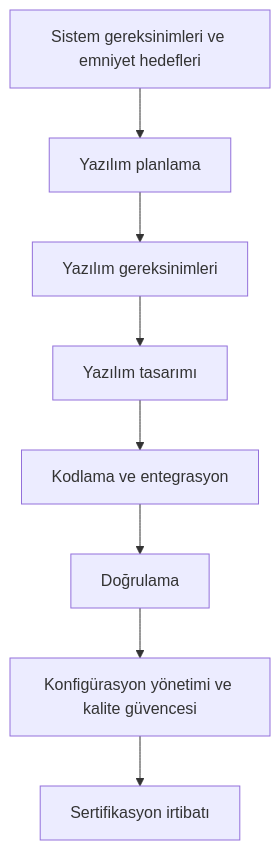
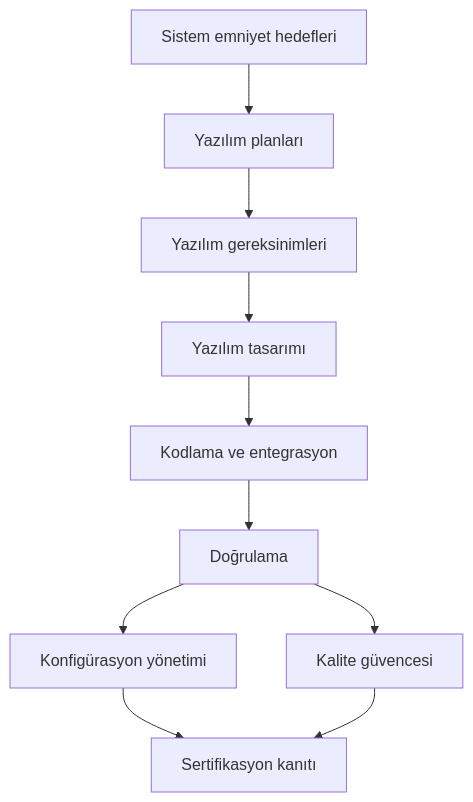
The diagram in kitap/03-do178c-ile-gelistirme/04-do178c-genel-bakis.md (Mavrikant/aviyonikyazilim), drawn with Mermaid before and after one commit. The commit also changed other lines of this file and 39 other files, not shown here.

````diff
--- a/kitap/03-do178c-ile-gelistirme/04-do178c-genel-bakis.md
+++ b/kitap/03-do178c-ile-gelistirme/04-do178c-genel-bakis.md
@@ -55,10 +55,12 @@
 ```mermaid
 flowchart TD
-    A[Sistem gereksinimleri ve emniyet hedefleri] --> B[Yazılım planlama]
+    A[Sistem emniyet hedefleri] --> B[Yazılım planları]
     B --> C[Yazılım gereksinimleri]
     C --> D[Yazılım tasarımı]
     D --> E[Kodlama ve entegrasyon]
     E --> F[Doğrulama]
-    F --> G[Konfigürasyon yönetimi ve kalite güvencesi]
-    G --> H[Sertifikasyon irtibatı]
+    F --> G[Konfigürasyon yönetimi]
+    F --> H[Kalite güvencesi]
+    G --> I[Sertifikasyon kanıtı]
+    H --> I
 ```
````
